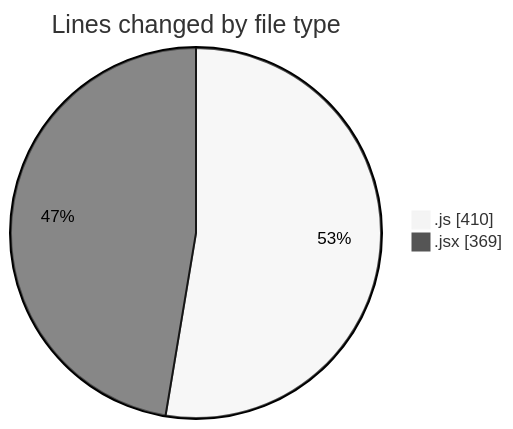
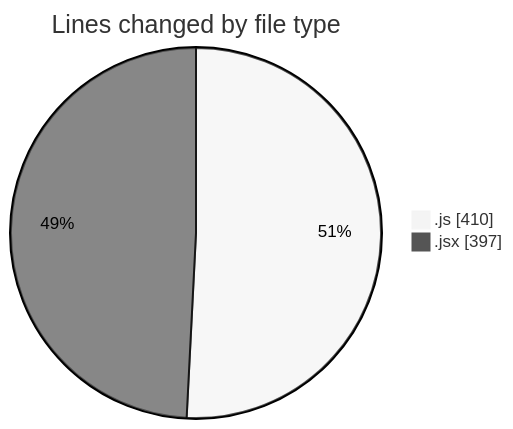
The first of 2 diagrams in 2025-08-28/nxtqube_webapp/README.md (nxtqubesakshisongat/code-tracking), drawn with Mermaid (neutral theme) before and after one commit. The commit also changed other lines of this file and 1 other file, not shown here.

````diff
--- a/2025-08-28/nxtqube_webapp/README.md
+++ b/2025-08-28/nxtqube_webapp/README.md
@@ -22,6 +22,6 @@
 ```mermaid
 pie showData
 title Lines changed by file type
 ".js" : 410
-".jsx" : 369
+".jsx" : 397
 ```
````
